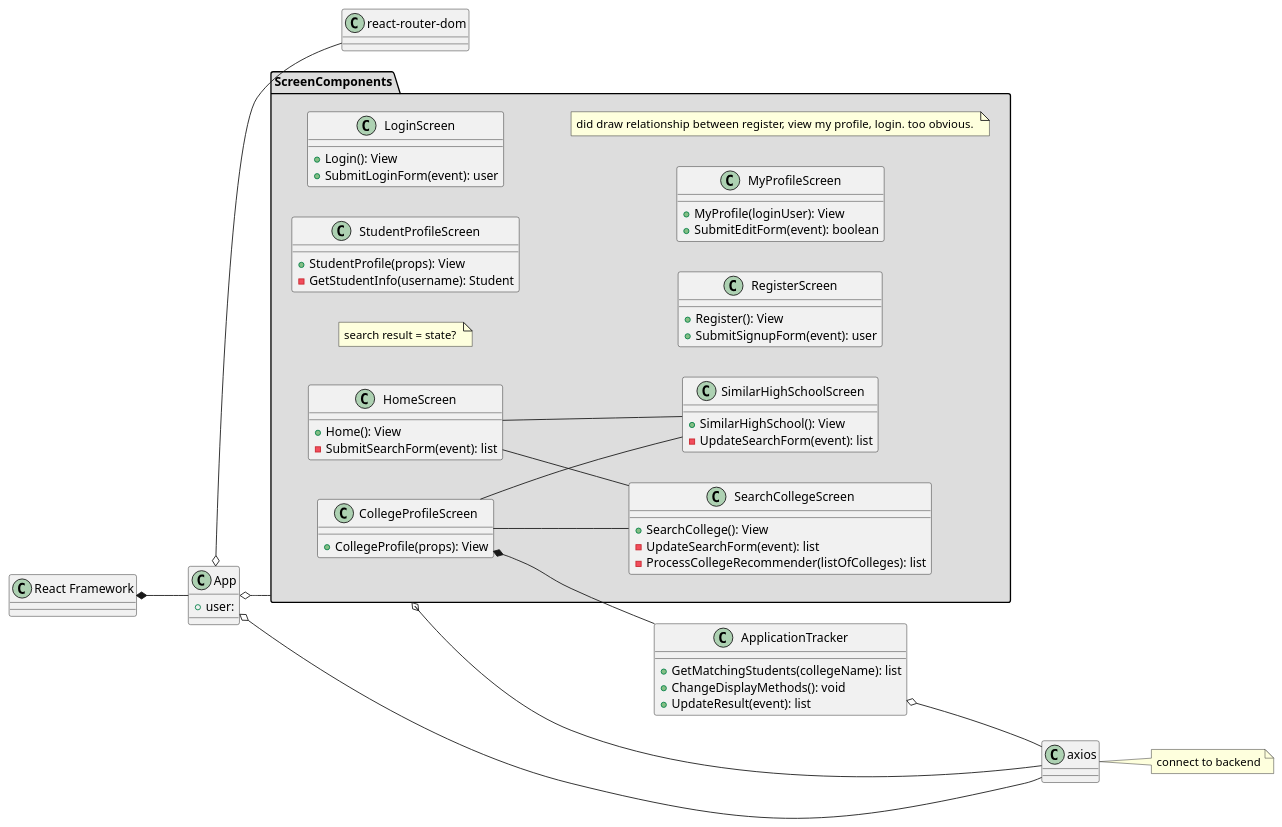
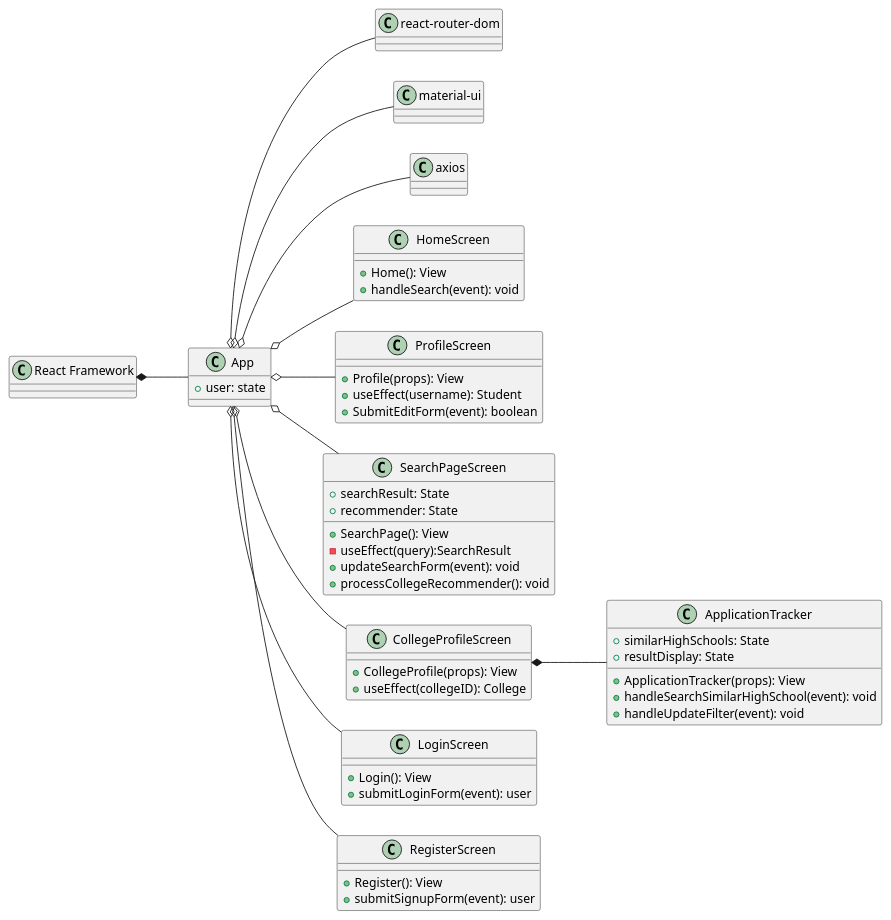
Before and after one commit to Omarfos/CSE416: the diagram in design/fronend_class.wsd, drawn with PlantUML. The commit also changed 10 other files, not shown here.

Commit message:
Update frontend design and codes. Frontend UML diagram (draft 2)

```diff
--- a/design/fronend_class.wsd
+++ b/design/fronend_class.wsd
@@ -1,66 +1,69 @@
 @startuml frontend
 left to right direction
 
 class App{
-    +user:
+    +user: state
 }
 class "React Framework"{
 }
 "React Framework" *-- App
 App o-- "react-router-dom"
+App o-- "material-ui"
 App o-- axios 
-note "connect to backend" as N1
-axios -- N1
 
-package ScreenComponents #DDDDDD {
-    note "search result = state? " as n2
-    class HomeScreen{
-        +Home(): View
-        -SubmitSearchForm(event): list
-    }
-    class StudentProfileScreen{
-        +StudentProfile(props): View
-        -GetStudentInfo(username): Student
-    }
-    class SearchCollegeScreen{
-        +SearchCollege(): View
-        -UpdateSearchForm(event): list
-        -ProcessCollegeRecommender(listOfColleges): list
-    }
-    class SimilarHighSchoolScreen{
-        +SimilarHighSchool(): View
-        -UpdateSearchForm(event): list
-    }
-    class CollegeProfileScreen{
-        +CollegeProfile(props): View
-    }  
-    class LoginScreen{
-        +Login(): View
-        +SubmitLoginForm(event): user
-    } 
-    class RegisterScreen{
-        +Register(): View
-        +SubmitSignupForm(event): user
-    }
-    class MyProfileScreen{
-        +MyProfile(loginUser): View
-        +SubmitEditForm(event): boolean
-    }
+class HomeScreen{
+    +Home(): View
+    +handleSearch(event): void
+}
 
-    note "did draw relationship between register, view my profile, login. too obvious. " as N3
-    HomeScreen -- SearchCollegeScreen
-    HomeScreen -- SimilarHighSchoolScreen
-    CollegeProfileScreen -- SearchCollegeScreen
-    CollegeProfileScreen -- SimilarHighSchoolScreen
+class ProfileScreen{
+    +Profile(props): View
+    +useEffect(username): Student
+    +SubmitEditForm(event): boolean
 }
-App o-- ScreenComponents
-ScreenComponents o-- axios
+
+class SearchPageScreen{
+    +searchResult: State
+    +recommender: State
+    +SearchPage(): View
+    -useEffect(query):SearchResult
+    +updateSearchForm(event): void
+    +processCollegeRecommender(): void
+}
+
+class CollegeProfileScreen{
+    +CollegeProfile(props): View
+    +useEffect(collegeID): College
+}  
 
 class ApplicationTracker{
-    +GetMatchingStudents(collegeName): list
-    +ChangeDisplayMethods(): void 
-    +UpdateResult(event): list
+    +similarHighSchools: State
+    +resultDisplay: State
+    +ApplicationTracker(props): View
+    +handleSearchSimilarHighSchool(event): void
+    +handleUpdateFilter(event): void
 }
+
 CollegeProfileScreen *-- ApplicationTracker
-ApplicationTracker o-- axios
+
+class LoginScreen{
+    +Login(): View
+    +submitLoginForm(event): user
+} 
+
+class RegisterScreen{
+    +Register(): View
+    +submitSignupForm(event): user
+}
+
+
+App o-- HomeScreen
+App o-- ProfileScreen
+App o-- SearchPageScreen
+App o-- CollegeProfileScreen
+App o-- LoginScreen
+App o-- RegisterScreen
+
+
+
 @enduml
```
